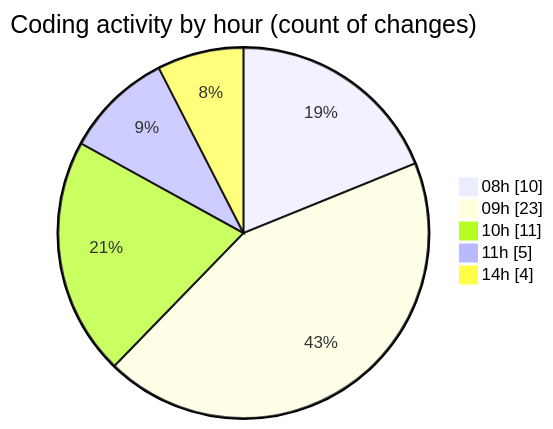
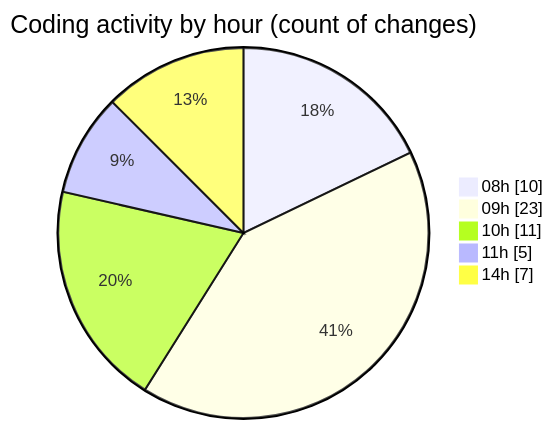
Before and after one commit to LanceThiago/code-tracking: the second of 2 diagrams in 2025-01-07/nueva_carpeta/README.md, drawn with Mermaid. The commit also changed other lines of this file and 1 other file, not shown here.

````diff
--- a/2025-01-07/nueva_carpeta/README.md
+++ b/2025-01-07/nueva_carpeta/README.md
@@ -28,9 +28,9 @@
 ```mermaid
 pie showData
 title Coding activity by hour (count of changes)
 "08h" : 10
 "09h" : 23
 "10h" : 11
 "11h" : 5
-"14h" : 4
+"14h" : 7
 ```
````
